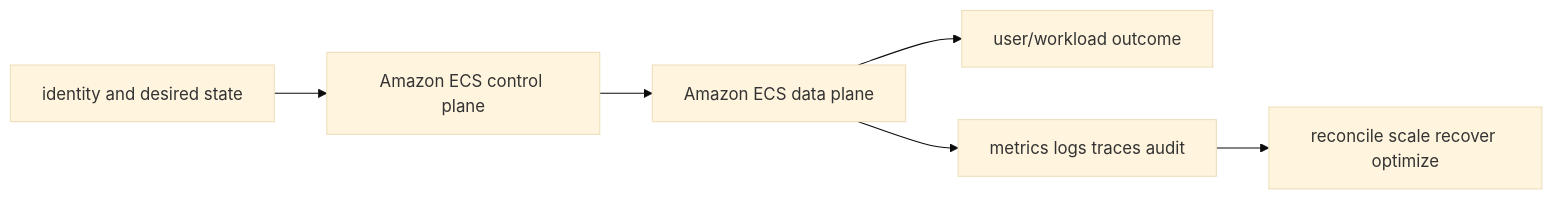
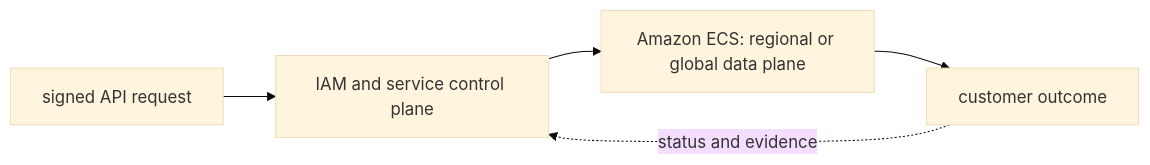
One commit to tomkidumbuyo/DevOps-interview-preparation changed the diagram in 07-aws/06-containers/02-ecs/README.md. Above: the diagram before and after it, drawn with Mermaid (base theme). The commit also changed other lines of this file and 753 other files, not shown here.

````diff
--- a/07-aws/06-containers/02-ecs/README.md
+++ b/07-aws/06-containers/02-ecs/README.md
@@ -19,8 +31,7 @@
 ```mermaid
 flowchart LR
-  I[identity and desired state] --> C[Amazon ECS control plane]
-  C --> D[Amazon ECS data plane]
-  D --> U[user/workload outcome]
-  D --> O[metrics logs traces audit]
-  O --> R[reconcile scale recover optimize]
+  A["signed API request"] --> B["IAM and service control plane"]
+  B --> C["Amazon ECS: regional or global data plane"]
+  C --> D["customer outcome"]
+  D -. "status and evidence" .-> B
 ```
````
